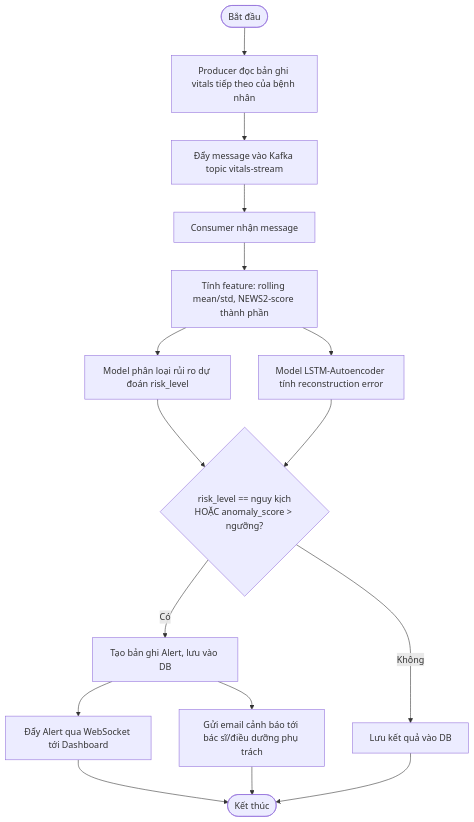
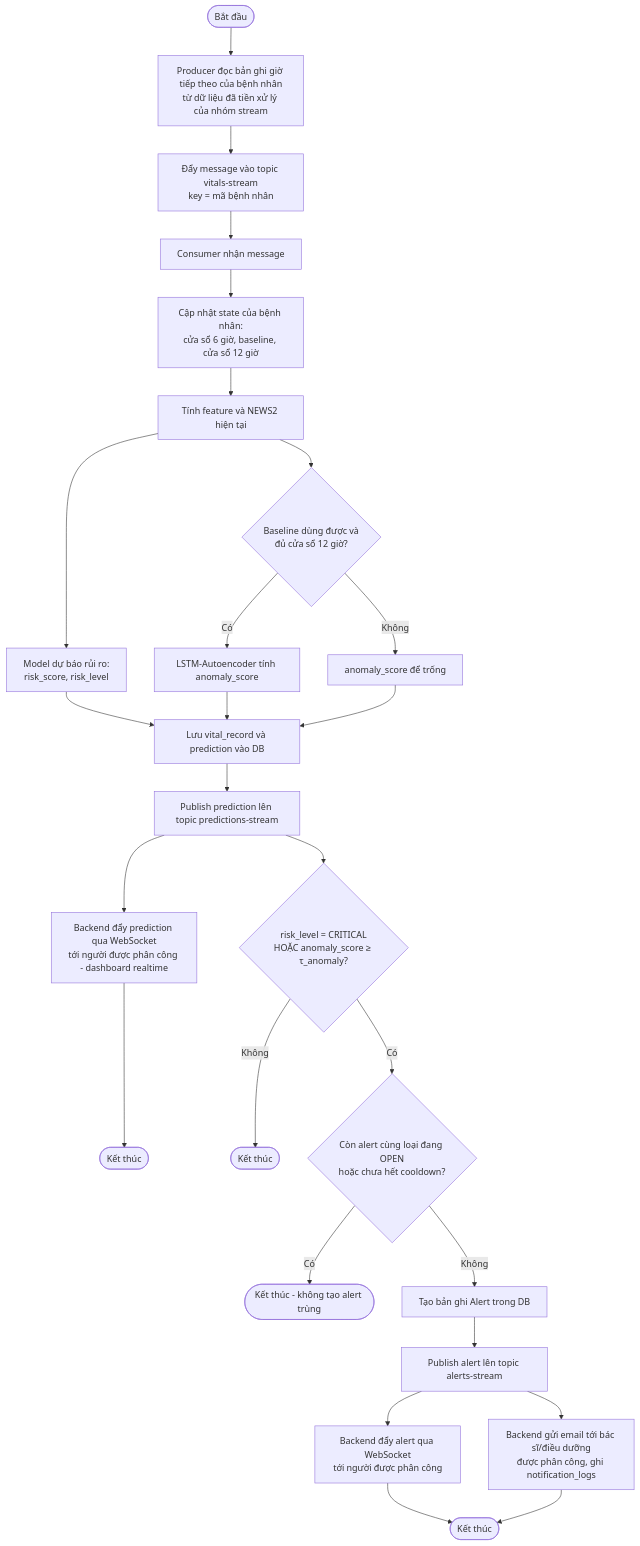
The first of 3 diagrams in docs/design/02_3_activity.md (MinhNguyen1007/Remote-patient-monitoring-system-using-Streaming-MLOps), drawn with Mermaid before and after one commit. The commit also changed other lines of this file and 21 other files, not shown here.

````diff
--- a/docs/design/02_3_activity.md
+++ b/docs/design/02_3_activity.md
@@ -5,18 +5,28 @@
 ```mermaid
 flowchart TD
-    Start([Bắt đầu]) --> A[Producer đọc bản ghi vitals tiếp theo của bệnh nhân]
-    A --> B[Đẩy message vào Kafka topic vitals-stream]
+    Start([Bắt đầu]) --> A[Producer đọc bản ghi giờ tiếp theo của bệnh nhân<br/>từ dữ liệu đã tiền xử lý của nhóm stream]
+    A --> B[Đẩy message vào topic vitals-stream<br/>key = mã bệnh nhân]
     B --> C[Consumer nhận message]
-    C --> D[Tính feature: rolling mean/std, NEWS2-score thành phần]
-    D --> E[Model phân loại rủi ro dự đoán risk_level]
-    D --> F[Model LSTM-Autoencoder tính reconstruction error]
-    E --> G{risk_level == nguy kịch<br/>HOẶC anomaly_score > ngưỡng?}
-    F --> G
-    G -- Không --> H[Lưu kết quả vào DB]
-    G -- Có --> I[Tạo bản ghi Alert, lưu vào DB]
-    I --> J[Đẩy Alert qua WebSocket tới Dashboard]
-    I --> K[Gửi email cảnh báo tới bác sĩ/điều dưỡng phụ trách]
-    J --> L([Kết thúc])
-    K --> L
-    H --> L
+    C --> D[Cập nhật state của bệnh nhân:<br/>cửa sổ 6 giờ, baseline, cửa sổ 12 giờ]
+    D --> E[Tính feature và NEWS2 hiện tại]
+    E --> F[Model dự báo rủi ro:<br/>risk_score, risk_level]
+    E --> G{Baseline dùng được và<br/>đủ cửa sổ 12 giờ?}
+    G -- Có --> H[LSTM-Autoencoder tính anomaly_score]
+    G -- Không --> I[anomaly_score để trống]
+    F --> J[Lưu vital_record và prediction vào DB]
+    H --> J
+    I --> J
+    J --> K[Publish prediction lên topic predictions-stream]
+    K --> K2[Backend đẩy prediction qua WebSocket<br/>tới người được phân công - dashboard realtime]
+    K --> L{risk_level = CRITICAL<br/>HOẶC anomaly_score ≥ τ_anomaly?}
+    K2 --> End0([Kết thúc])
+    L -- Không --> End1([Kết thúc])
+    L -- Có --> M{Còn alert cùng loại đang OPEN<br/>hoặc chưa hết cooldown?}
+    M -- Có --> End2([Kết thúc - không tạo alert trùng])
+    M -- Không --> N[Tạo bản ghi Alert trong DB]
+    N --> O[Publish alert lên topic alerts-stream]
+    O --> P[Backend đẩy alert qua WebSocket<br/>tới người được phân công]
+    O --> Q[Backend gửi email tới bác sĩ/điều dưỡng<br/>được phân công, ghi notification_logs]
+    P --> End3([Kết thúc])
+    Q --> End3
 ```
````
